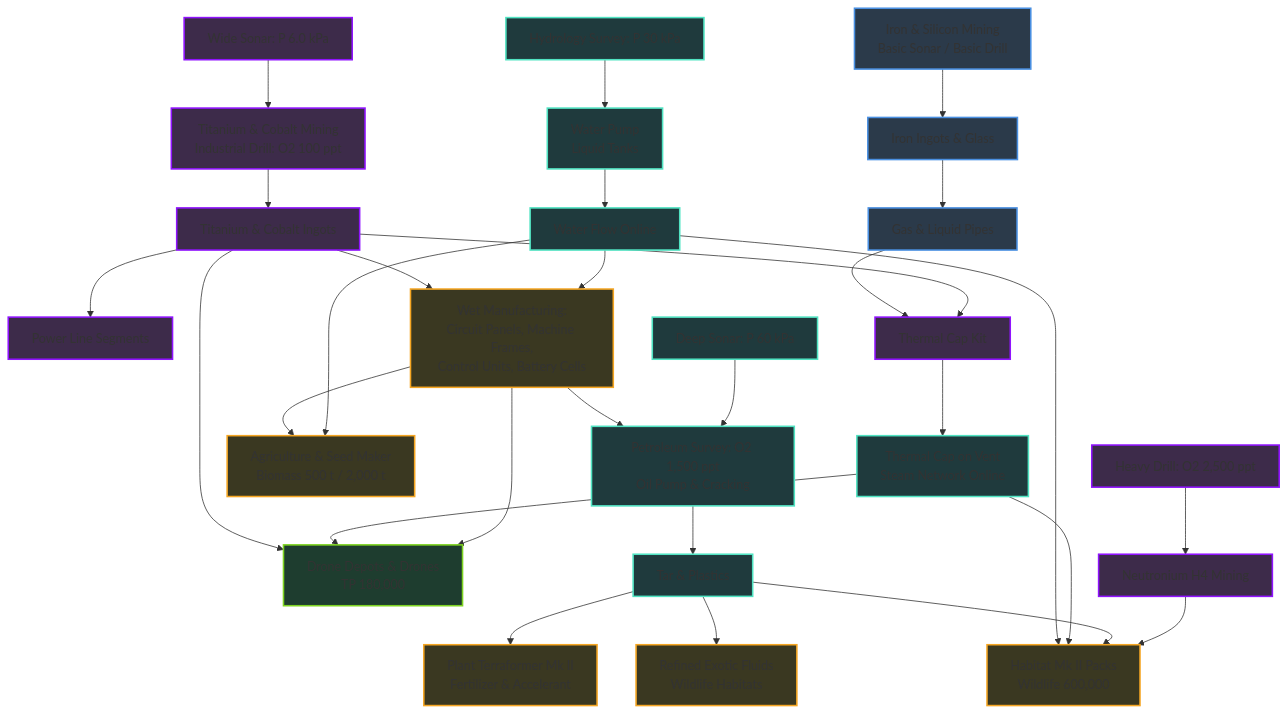
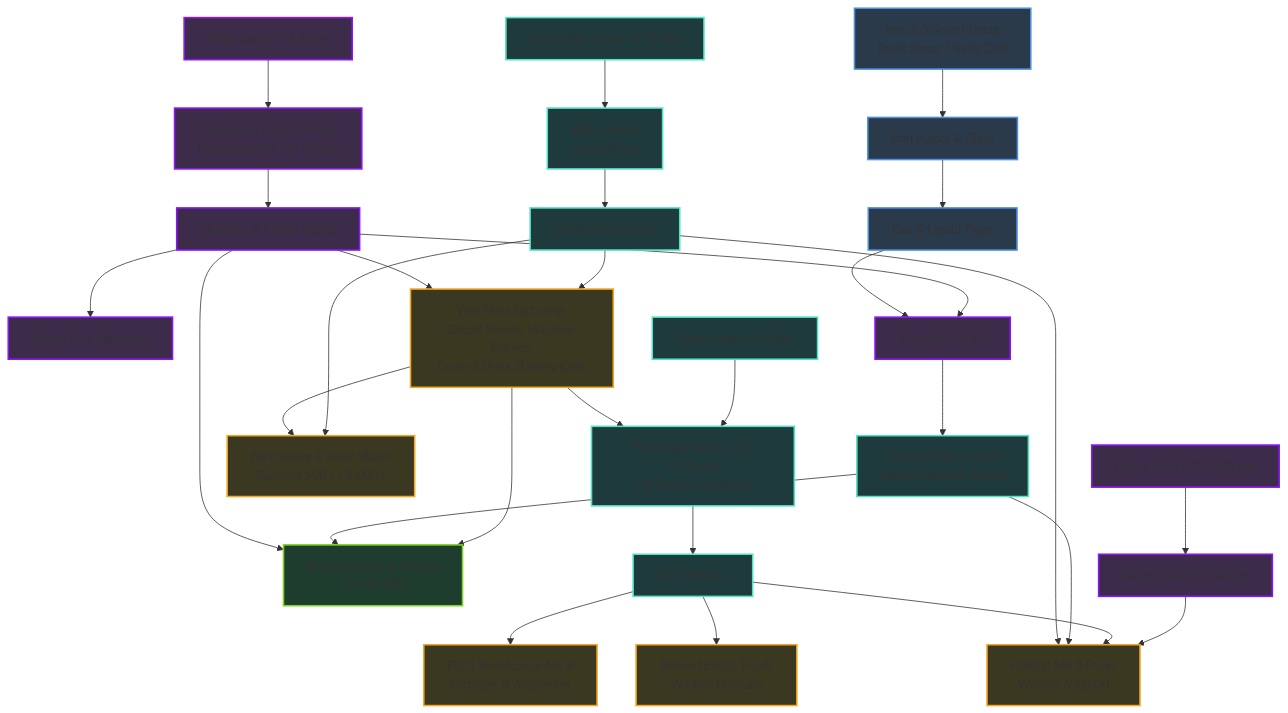
One commit to crazy-daddy/code_terraform_vibe changed the diagram in docs/autoplay/manual_walkthrough.md. Above: the diagram before and after it, drawn with Mermaid. The commit also changed other lines of this file and 16 other files, not shown here.

````diff
--- a/docs/autoplay/manual_walkthrough.md
+++ b/docs/autoplay/manual_walkthrough.md
@@ -26,45 +26,45 @@
 ```mermaid
 graph TD
     classDef h1 fill:#2b3a4a,stroke:#4a90e2,stroke-width:2px;
     classDef h2 fill:#3d2b4a,stroke:#9013fe,stroke-width:2px;
     classDef fluid fill:#1f3a3d,stroke:#50e3c2,stroke-width:2px;
     classDef wet fill:#3a3821,stroke:#f5a623,stroke-width:2px;
     classDef drone fill:#1e3d2f,stroke:#7ed321,stroke-width:2px;
 
     H1["Iron & Silicon Mining<br/>Basic Sonar / Basic Drill"]:::h1 --> RefinedH1["Iron Ingots & Glass"]:::h1
     RefinedH1 --> Pipes["Gas & Liquid Pipes"]:::h1
     
-    WideSonar["Wide Sonar: P 6.0 kPa"]:::h2 --> H2Mine["Titanium & Cobalt Mining<br/>Industrial Drill: O2 100 ppt"]:::h2
+    WideSonar["Wide Sonar: P 1.8 kPa"]:::h2 --> H2Mine["Titanium & Cobalt Mining<br/>Industrial Drill: O2 30 ppt"]:::h2
     H2Mine --> RefinedH2["Titanium & Cobalt Ingots"]:::h2
     
     RefinedH2 --> PowerLines["Power Line Segments"]:::h2
     RefinedH2 --> CapKit["Thermal Cap Kit"]:::h2
     Pipes --> CapKit
     CapKit --> Steam["Thermal Cap on Vent<br/>Steam Network Online"]:::fluid
     
-    Hydro["Hydrology Survey: P 30 kPa"]:::fluid --> WaterPump["Water Pump<br/>Liquid Tanks"]:::fluid
+    Hydro["Hydrology Survey: P 18 kPa"]:::fluid --> WaterPump["Water Pump<br/>Liquid Tanks"]:::fluid
     WaterPump --> Water["Water Flow Online"]:::fluid
     
     Water --> WetMfg["Wet Manufacturing:<br/>Circuit Panels, Machine Frames,<br/>Control Units, Battery Cells"]:::wet
     RefinedH2 --> WetMfg
     
     WetMfg --> Drones["Drone Depots & Drones<br/>TP 180,000"]:::drone
     Steam --> Drones
     RefinedH2 --> Drones
     
     Water --> Agriculture["Agriculture & Seed Maker<br/>Biomass 500 t / 2,000 t"]:::wet
     WetMfg --> Agriculture
     
     DeepSonar["Deep Sonar: P 60 kPa"]:::fluid --> Oil["Petroleum Survey: O2 1,500 ppt<br/>Oil Pump & Cracking"]:::fluid
     WetMfg --> Oil
     Oil --> Tar["Tar & Plastics"]:::fluid
     
     Tar --> Mk2Agri["Plant Terraformer Mk II<br/>Fertilizer & Accelerant"]:::wet
     Tar --> Exotics["Refined Exotic Fluids<br/>Wildlife Habitats"]:::wet
     
     HeavyDrill["Heavy Drill: O2 2,500 ppt"]:::h2 --> Neutronium["Neutronium H4 Mining"]:::h2
     Neutronium --> HabitatMk2["Habitat Mk II Packs<br/>Wildlife 600,000"]:::wet
     Tar --> HabitatMk2
     Steam --> HabitatMk2
     Water --> HabitatMk2
 ```
````
